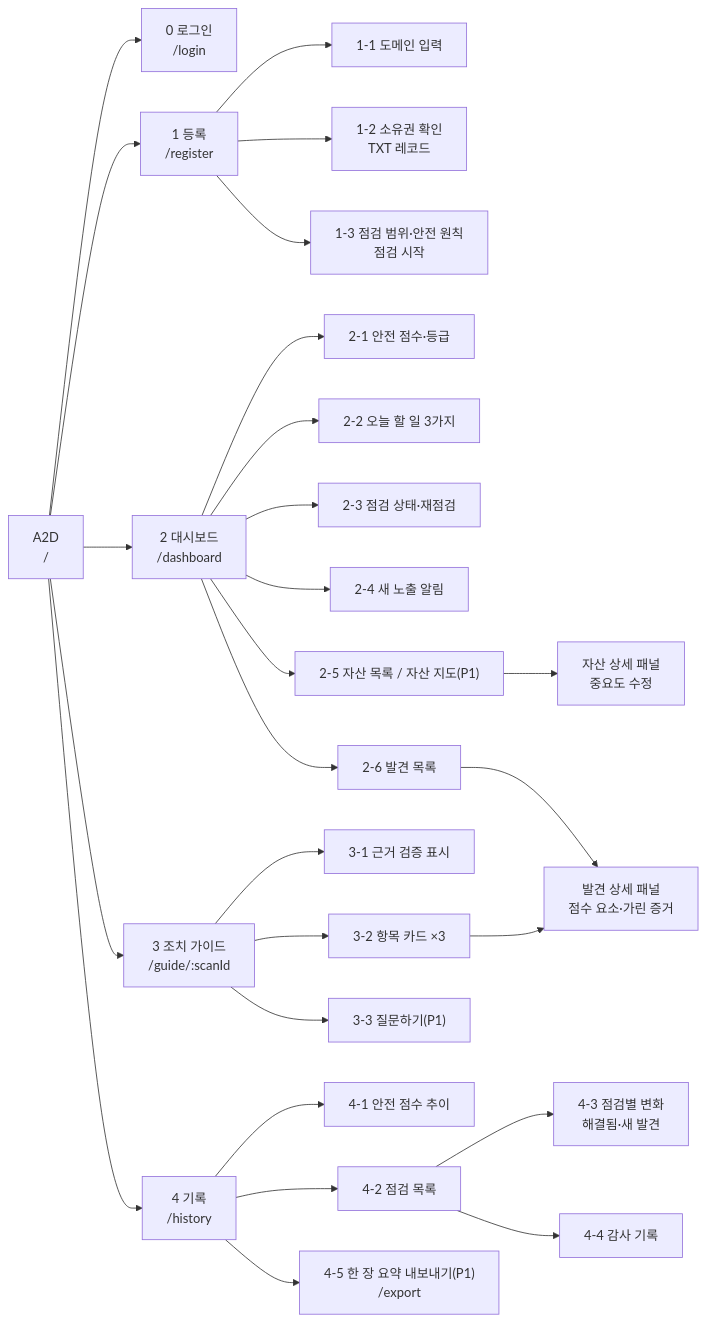
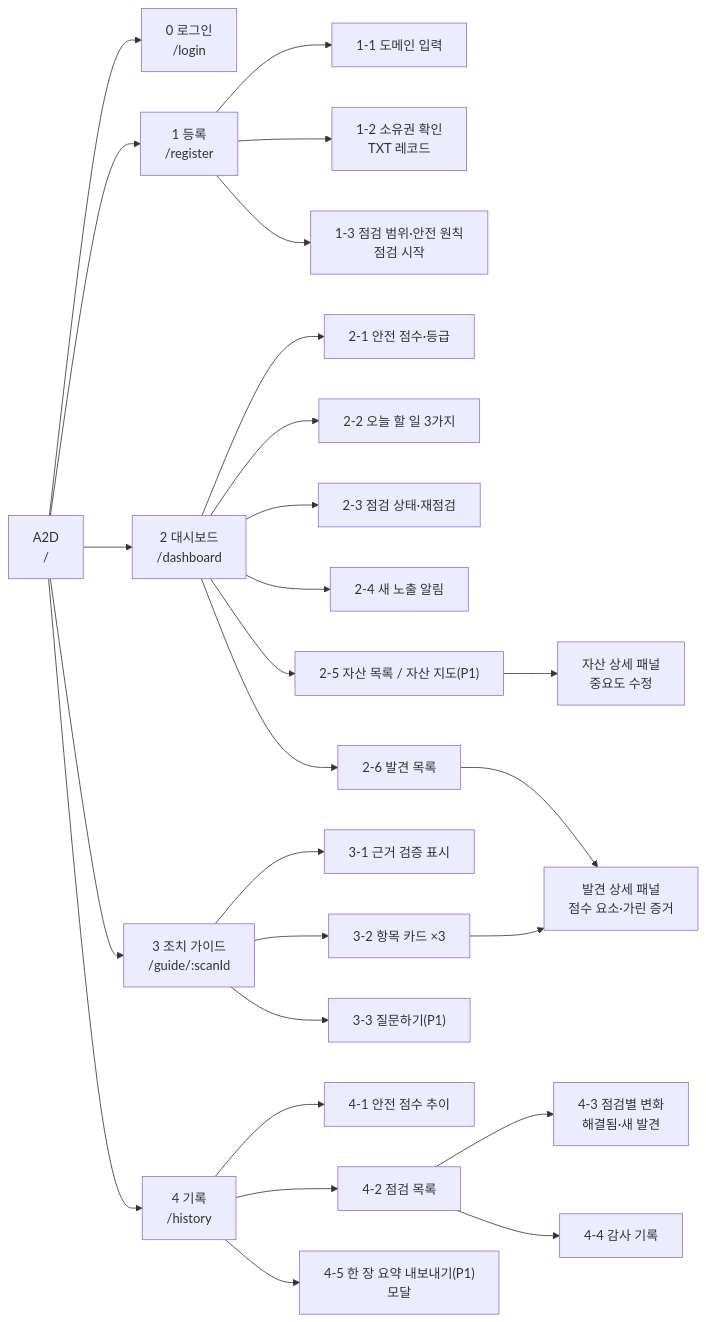
Before and after one commit to unexpected-hackathon/A2D: the first of 2 diagrams in docs/A2D_정보구조도.md, drawn with Mermaid. The commit also changed other lines of this file and 7 other files, not shown here.

````diff
--- a/docs/A2D_정보구조도.md
+++ b/docs/A2D_정보구조도.md
@@ -9,32 +9,32 @@
 ```mermaid
 flowchart LR
   ROOT["A2D<br/>/"] --> LOGIN["0 로그인<br/>/login"]
   ROOT --> REG["1 등록<br/>/register"]
   ROOT --> DASH["2 대시보드<br/>/dashboard"]
   ROOT --> REP["3 조치 가이드<br/>/guide/:scanId"]
   ROOT --> HIS["4 기록<br/>/history"]
 
   REG --> R1["1-1 도메인 입력"]
   REG --> R2["1-2 소유권 확인<br/>TXT 레코드"]
   REG --> R3["1-3 점검 범위·안전 원칙<br/>점검 시작"]
 
   DASH --> D1["2-1 안전 점수·등급"]
   DASH --> D2["2-2 오늘 할 일 3가지"]
   DASH --> D3["2-3 점검 상태·재점검"]
   DASH --> D4["2-4 새 노출 알림"]
   DASH --> D5["2-5 자산 목록 / 자산 지도(P1)"]
   DASH --> D6["2-6 발견 목록"]
   D5 --> D5P["자산 상세 패널<br/>중요도 수정"]
   D6 --> FP["발견 상세 패널<br/>점수 요소·가린 증거"]
 
   REP --> P1["3-1 근거 검증 표시"]
   REP --> P2["3-2 항목 카드 ×3"]
   REP --> P3["3-3 질문하기(P1)"]
   P2 --> FP
 
   HIS --> H1["4-1 안전 점수 추이"]
   HIS --> H2["4-2 점검 목록"]
   H2 --> H3["4-3 점검별 변화<br/>해결됨·새 발견"]
   H2 --> H4["4-4 감사 기록"]
-  HIS --> H5["4-5 한 장 요약 내보내기(P1)<br/>/export"]
+  HIS --> H5["4-5 한 장 요약 내보내기(P1)<br/>모달"]
 ```
````
